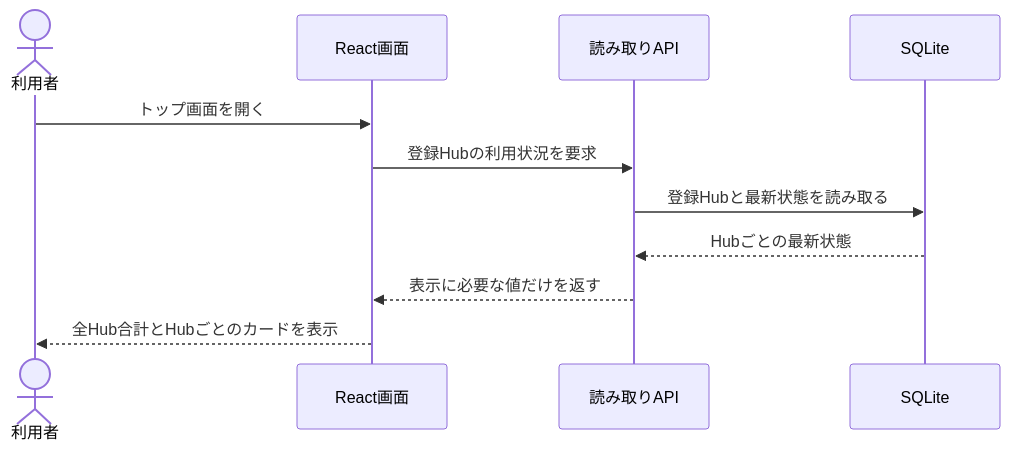
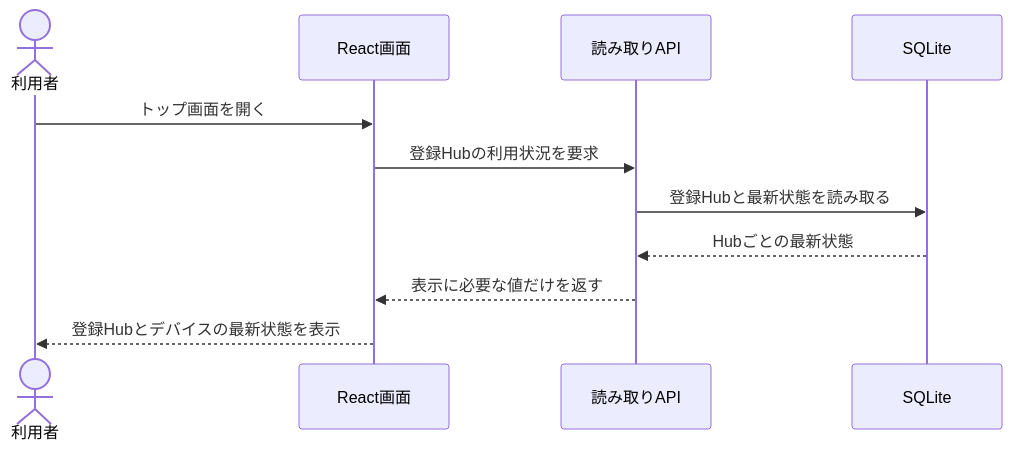
Before and after one commit to nuitsjp/token-monitor-analytics: the fourth of 5 diagrams in docs/architecture.md, drawn with Mermaid. The commit also changed other lines of this file and 2 other files, not shown here.

````diff
--- a/docs/architecture.md
+++ b/docs/architecture.md
@@ -97,13 +97,13 @@
 ```mermaid
 sequenceDiagram
   actor U as 利用者
   participant V as React画面
   participant A as 読み取りAPI
   participant D as SQLite
   U->>V: トップ画面を開く
   V->>A: 登録Hubの利用状況を要求
   A->>D: 登録Hubと最新状態を読み取る
   D-->>A: Hubごとの最新状態
   A-->>V: 表示に必要な値だけを返す
-  V-->>U: 全Hub合計とHubごとのカードを表示
+  V-->>U: 登録Hubとデバイスの最新状態を表示
 ```
````
